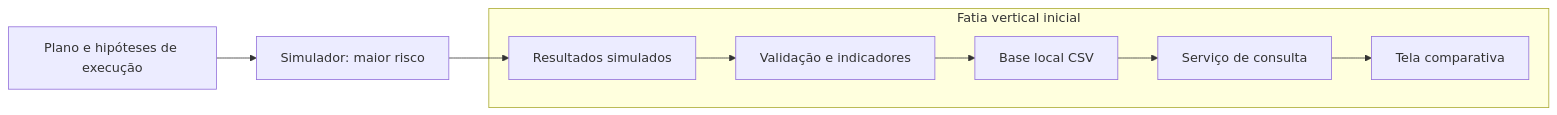
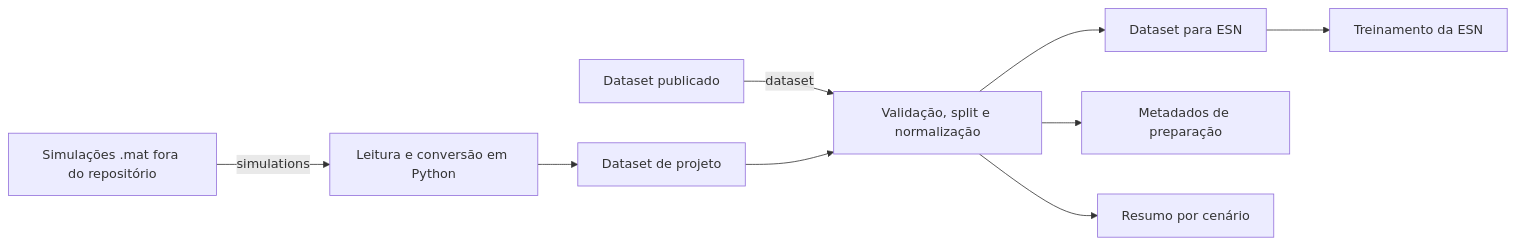
One commit to RafaelSV/siod-cenarios-projetos changed the diagram in README.md. Above: the diagram before and after it, drawn with Mermaid. The commit also changed other lines of this file and 11 other files, not shown here.

````diff
--- a/README.md
+++ b/README.md
@@ -27,16 +27,11 @@
 ```mermaid
 flowchart LR
-  E[Plano e hipóteses de execução] --> M[Simulador: maior risco]
-  M --> F[Resultados simulados]
-  F --> P[Validação e indicadores]
-  P --> B[Base local CSV]
-  B --> S[Serviço de consulta]
-  S --> T[Tela comparativa]
-  subgraph V[Fatia vertical inicial]
-    F
-    P
-    B
-    S
-    T
-  end
+  S[Simulações .mat fora do repositório] -->|simulations| G[Leitura e conversão em Python]
+  G --> D[Dataset de projeto]
+  P[Dataset publicado] -->|dataset| V[Validação, split e normalização]
+  D --> V
+  V --> E[Dataset para ESN]
+  V --> M[Metadados de preparação]
+  V --> R[Resumo por cenário]
+  E --> T[Treinamento da ESN]
 ```
````
